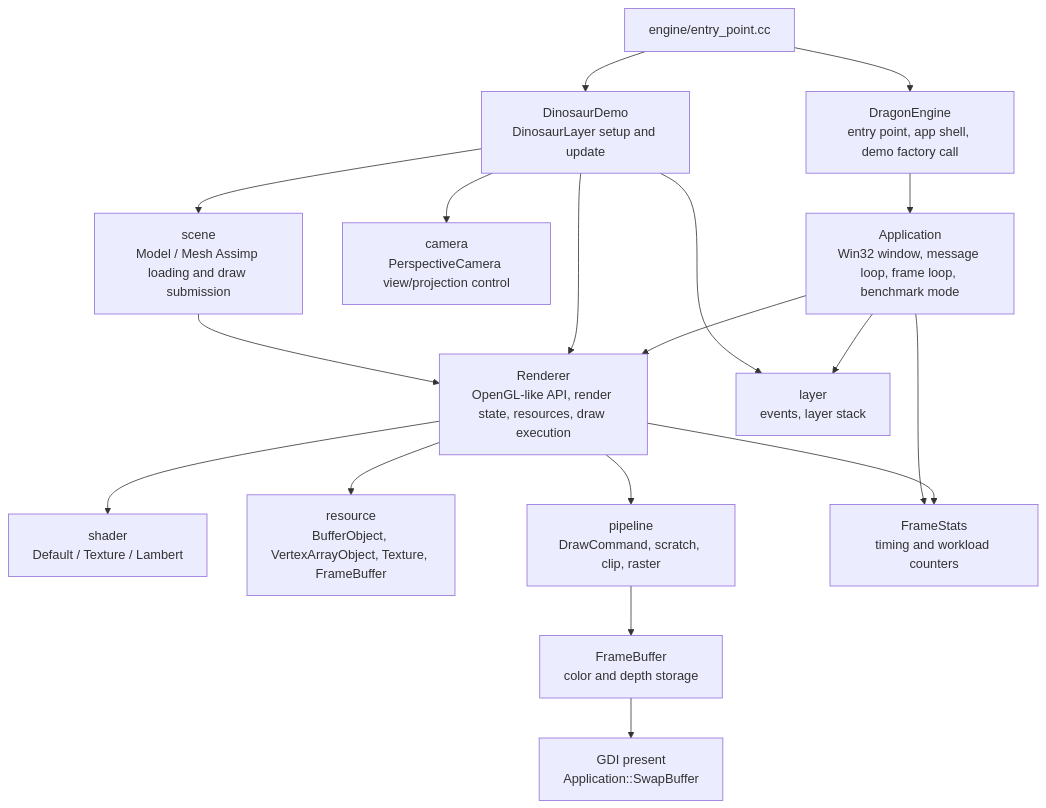
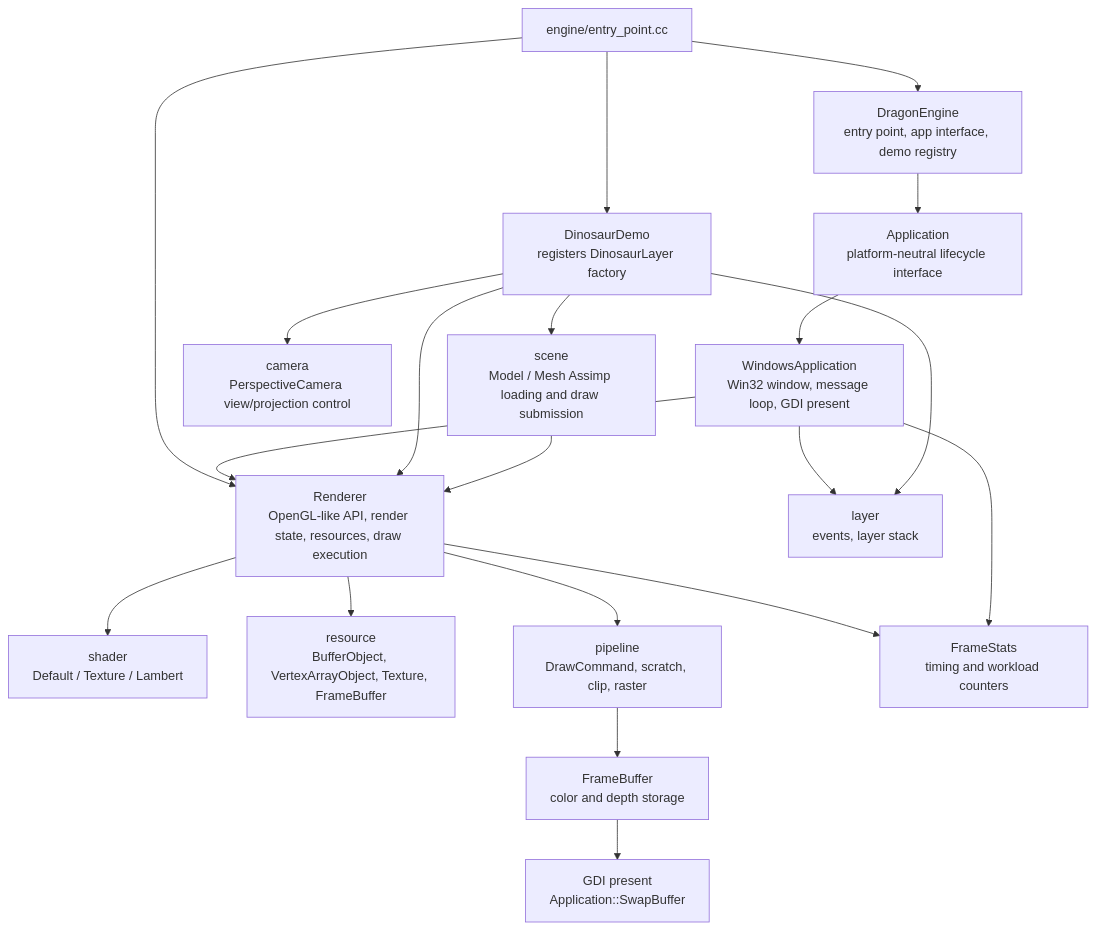
One commit to hangge1/DragonRenderer changed the first of 6 diagrams in docs/ARCHITECTURE.md. Above: the diagram before and after it, drawn with Mermaid. The commit also changed other lines of this file and 14 other files, not shown here.

Commit message:
refactor: add demo registry and abstract application

````diff
--- a/docs/ARCHITECTURE.md
+++ b/docs/ARCHITECTURE.md
@@ -9,35 +9,38 @@
 ```mermaid
 flowchart TB
     Entry["engine/entry_point.cc"]
-    Engine["DragonEngine<br/>entry point, app shell, demo factory call"]
-    App["Application<br/>Win32 window, message loop, frame loop, benchmark mode"]
-    DinosaurDemo["DinosaurDemo<br/>DinosaurLayer setup and update"]
+    Engine["DragonEngine<br/>entry point, app interface, demo registry"]
+    App["Application<br/>platform-neutral lifecycle interface"]
+    Win32App["WindowsApplication<br/>Win32 window, message loop, GDI present"]
+    DinosaurDemo["DinosaurDemo<br/>registers DinosaurLayer factory"]
     Renderer["Renderer<br/>OpenGL-like API, render state, resources, draw execution"]
     LayerSystem["layer<br/>events, layer stack"]
     Camera["camera<br/>PerspectiveCamera view/projection control"]
     Model["scene<br/>Model / Mesh Assimp loading and draw submission"]
     Shader["shader<br/>Default / Texture / Lambert"]
     Resources["resource<br/>BufferObject, VertexArrayObject, Texture, FrameBuffer"]
     Pipeline["pipeline<br/>DrawCommand, scratch, clip, raster"]
     FrameBuffer["FrameBuffer<br/>color and depth storage"]
     Present["GDI present<br/>Application::SwapBuffer"]
     Stats["FrameStats<br/>timing and workload counters"]
 
     Entry --> Engine
     Engine --> App
+    App --> Win32App
     Entry --> DinosaurDemo
-    App --> Renderer
-    App --> LayerSystem
+    Entry --> Renderer
+    Win32App --> Renderer
+    Win32App --> LayerSystem
     DinosaurDemo --> LayerSystem
     DinosaurDemo --> Camera
     DinosaurDemo --> Model
     DinosaurDemo --> Renderer
     Model --> Renderer
     Renderer --> Resources
     Renderer --> Shader
     Renderer --> Pipeline
     Pipeline --> FrameBuffer
     Renderer --> Stats
-    App --> Stats
+    Win32App --> Stats
     FrameBuffer --> Present
 ```
````
